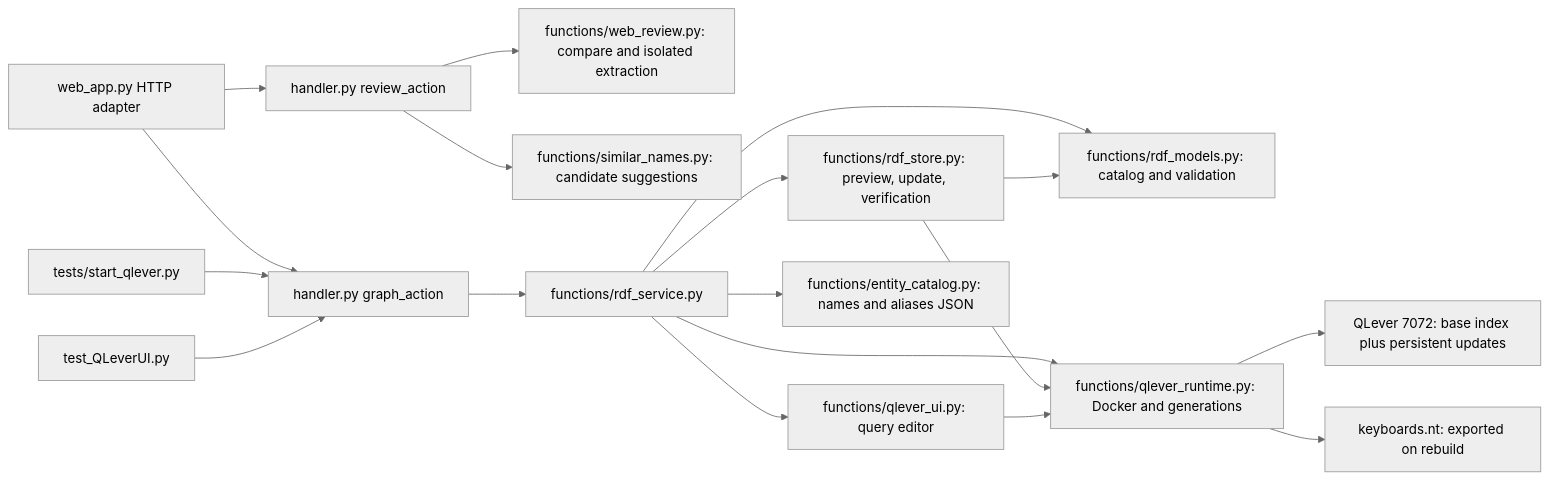
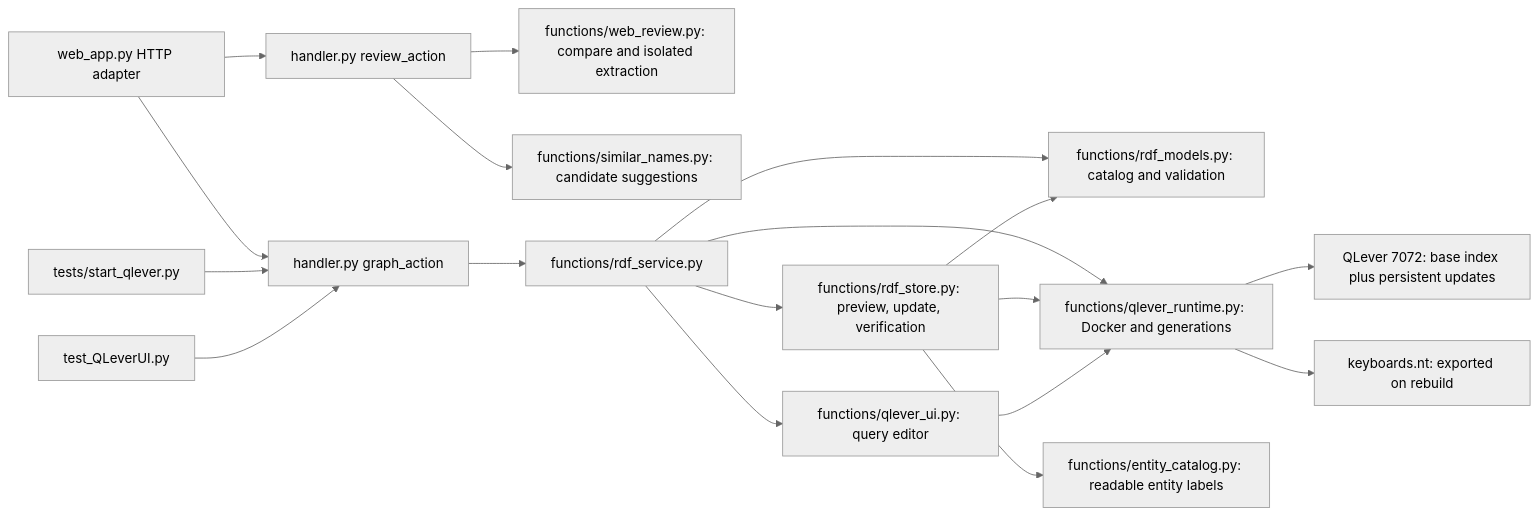
Before and after one commit to hawks23/anywikia: the second of 3 diagrams in workflow.md, drawn with Mermaid (neutral theme). The commit also changed other lines of this file and 11 other files, not shown here.

First line of the commit message:
Optimize entity inspection and remove unused entity catalog

````diff
--- a/workflow.md
+++ b/workflow.md
@@ -50,20 +49,20 @@
 ```mermaid
 flowchart LR
     WEB[web_app.py HTTP adapter] --> HANDLER[handler.py graph_action]
     WEB --> REVIEW[handler.py review_action]
     REVIEW --> READ[functions/web_review.py: compare and isolated extraction]
     REVIEW --> SUGGEST[functions/similar_names.py: candidate suggestions]
     SETUP[tests/start_qlever.py] --> HANDLER
     UI[test_QLeverUI.py] --> HANDLER
     HANDLER --> SERVICE[functions/rdf_service.py]
     SERVICE --> MODEL[functions/rdf_models.py: catalog and validation]
     SERVICE --> STORE[functions/rdf_store.py: preview, update, verification]
     SERVICE --> RUNTIME[functions/qlever_runtime.py: Docker and generations]
     SERVICE --> QUERYUI[functions/qlever_ui.py: query editor]
-    SERVICE --> CATALOG[functions/entity_catalog.py: names and aliases JSON]
+    STORE --> LABELS[functions/entity_catalog.py: readable entity labels]
     STORE --> MODEL
     STORE --> RUNTIME
     QUERYUI --> RUNTIME
     RUNTIME --> GRAPH[QLever 7072: base index plus persistent updates]
     RUNTIME --> FILE[keyboards.nt: exported on rebuild]
 ```
````
